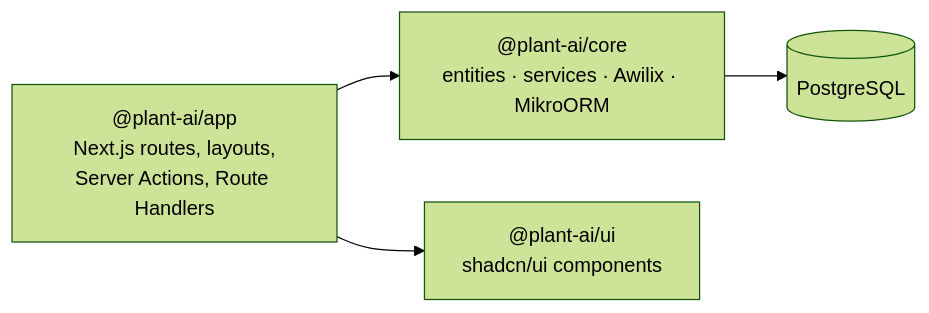
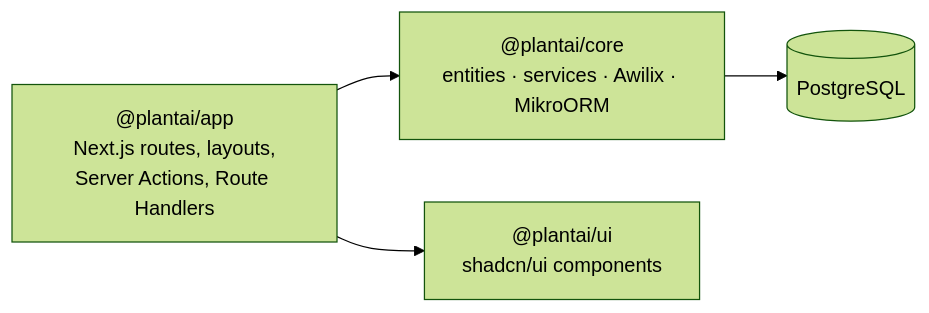
Before and after one commit to xSauron/ai_tl_project: the diagram in README.md, drawn with Mermaid (forest theme). The commit also changed other lines of this file and 27 other files, not shown here.

Commit message:
refactor: rename package scope to @plantai/* (app-primitives 0.2)

````diff
--- a/README.md
+++ b/README.md
@@ -62,10 +62,10 @@
 ```mermaid
 graph LR
-  app["@plant-ai/app<br/>Next.js routes, layouts,<br/>Server Actions, Route Handlers"]
-  core["@plant-ai/core<br/>entities · services · Awilix · MikroORM"]
-  ui["@plant-ai/ui<br/>shadcn/ui components"]
+  app["@plantai/app<br/>Next.js routes, layouts,<br/>Server Actions, Route Handlers"]
+  core["@plantai/core<br/>entities · services · Awilix · MikroORM"]
+  ui["@plantai/ui<br/>shadcn/ui components"]
   db[(PostgreSQL)]
   app --> core
   app --> ui
   core --> db
 ```
````
